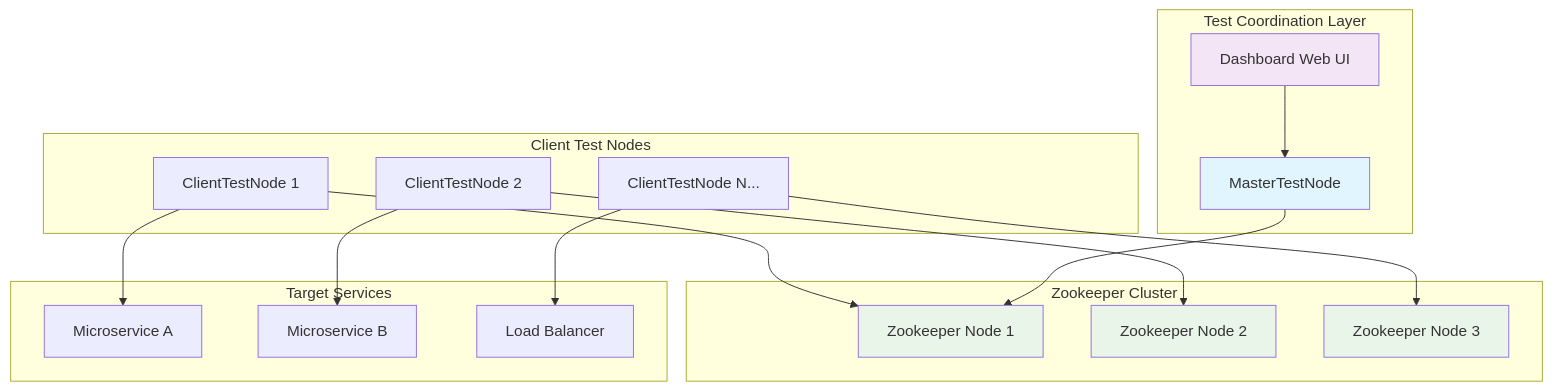
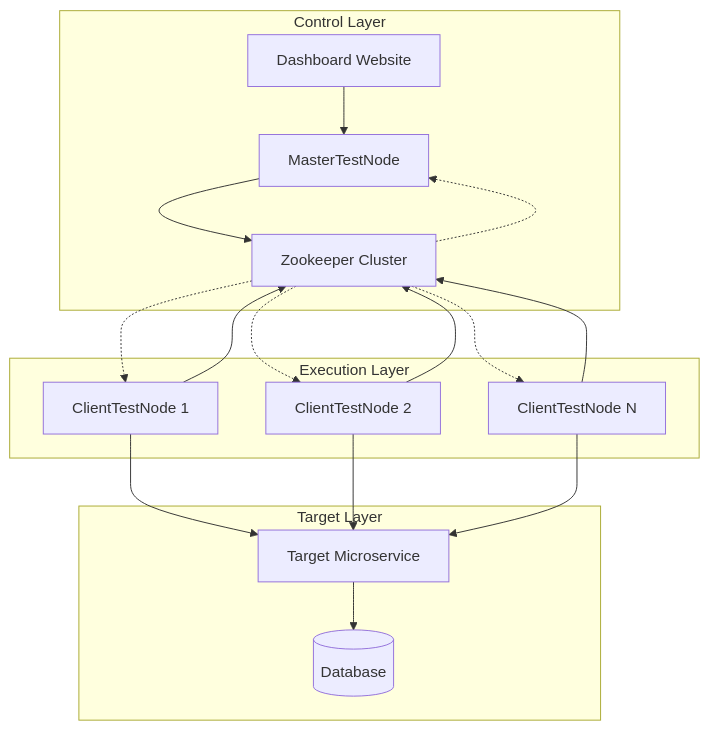
Before and after one commit to shayne007/blog: the first of 2 diagrams in source/_posts/Design-Distributed-Pressure-Test-Tool-By-Zookeeper.md, drawn with Mermaid. The commit also changed other lines of this file, not shown here.

Commit message:
update pressure test tool

```diff
--- a/source/_posts/Design-Distributed-Pressure-Test-Tool-By-Zookeeper.md
+++ b/source/_posts/Design-Distributed-Pressure-Test-Tool-By-Zookeeper.md
@@ -12,41 +12,33 @@
 {% mermaid graph TB %}
-    subgraph "Zookeeper Cluster"
-        ZK1[Zookeeper Node 1]
-        ZK2[Zookeeper Node 2]
-        ZK3[Zookeeper Node 3]
+    subgraph "Control Layer"
+        Master[MasterTestNode]
+        Dashboard[Dashboard Website]
+        ZK[Zookeeper Cluster]
     end
     
-    subgraph "Test Coordination Layer"
-        Master[MasterTestNode]
-        Dashboard[Dashboard Web UI]
+    subgraph "Execution Layer"
+        Client1[ClientTestNode 1]
+        Client2[ClientTestNode 2]
+        Client3[ClientTestNode N]
     end
     
-    subgraph "Client Test Nodes"
-        Client1[ClientTestNode 1]
-        Client2[ClientTestNode 2]
-        Client3[ClientTestNode N...]
+    subgraph "Target Layer"
+        Service[Target Microservice]
+        DB[(Database)]
     end
     
-    subgraph "Target Services"
-        Service1[Microservice A]
-        Service2[Microservice B]
-        Service3[Load Balancer]
-    end
+    Master --> ZK
+    Dashboard --> Master
+    Client1 --> ZK
+    Client2 --> ZK
+    Client3 --> ZK
+    Client1 --> Service
+    Client2 --> Service
+    Client3 --> Service
+    Service --> DB
     
-    Master --> ZK1
-    Client1 --> ZK1
-    Client2 --> ZK2
-    Client3 --> ZK3
-    
-    Client1 --> Service1
-    Client2 --> Service2
-    Client3 --> Service3
-    
-    Dashboard --> Master
-    
-    style Master fill:#e1f5fe
-    style Dashboard fill:#f3e5f5
-    style ZK1 fill:#e8f5e8
-    style ZK2 fill:#e8f5e8
-    style ZK3 fill:#e8f5e8
-{% endmermaid %} 
+    ZK -.-> Master
+    ZK -.-> Client1
+    ZK -.-> Client2
+    ZK -.-> Client3
+{% endmermaid %}
```
